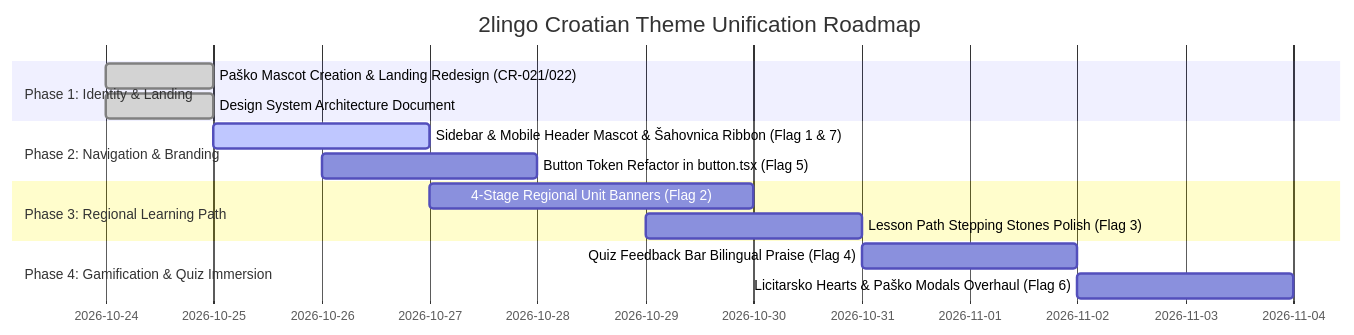
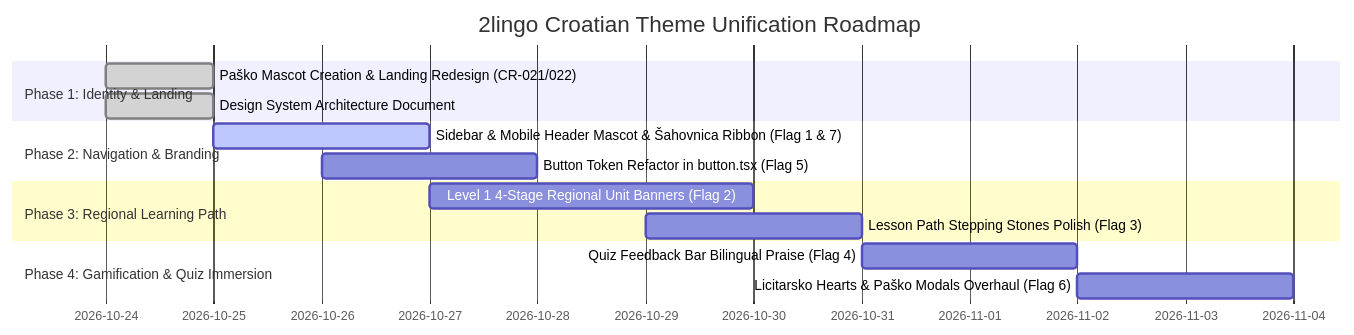
Before and after one commit to AdminPhil/2lingo: the third of 3 diagrams in docs/DESIGN_SYSTEM.md, drawn with Mermaid. The commit also changed other lines of this file, not shown here.

Commit message:
docs: calibrate CEFR levels and realistic 120-unit roadmap in design system

````diff
--- a/docs/DESIGN_SYSTEM.md
+++ b/docs/DESIGN_SYSTEM.md
@@ -163,17 +269,17 @@
 ```mermaid
 gantt
     title 2lingo Croatian Theme Unification Roadmap
     dateFormat  YYYY-MM-DD
     section Phase 1: Identity & Landing
     Paško Mascot Creation & Landing Redesign (CR-021/022) :done, p1, 2026-10-24, 1d
     Design System Architecture Document :done, p2, 2026-10-24, 1d
     section Phase 2: Navigation & Branding
     Sidebar & Mobile Header Mascot & Šahovnica Ribbon (Flag 1 & 7) :active, p3, 2026-10-25, 2d
     Button Token Refactor in button.tsx (Flag 5) :p4, 2026-10-26, 2d
     section Phase 3: Regional Learning Path
-    4-Stage Regional Unit Banners (Flag 2) :p5, 2026-10-27, 3d
+    Level 1 4-Stage Regional Unit Banners (Flag 2) :p5, 2026-10-27, 3d
     Lesson Path Stepping Stones Polish (Flag 3) :p6, 2026-10-29, 2d
     section Phase 4: Gamification & Quiz Immersion
     Quiz Feedback Bar Bilingual Praise (Flag 4) :p7, 2026-10-31, 2d
     Licitarsko Hearts & Paško Modals Overhaul (Flag 6) :p8, 2026-11-02, 2d
 ```
````
